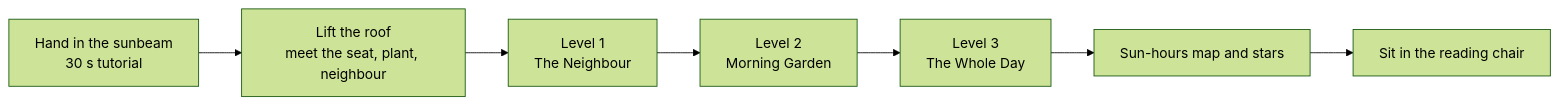
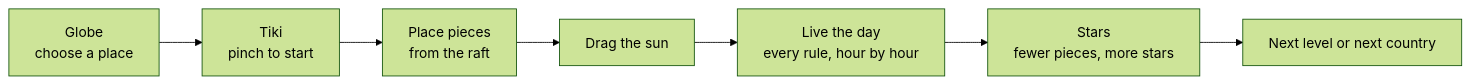
One commit to aljabrialam/valora-vr changed the first of 2 diagrams in README.md. Above: the diagram before and after it, drawn with Mermaid (forest theme). The commit also changed other lines of this file and 2858 other files, not shown here.

````diff
--- a/README.md
+++ b/README.md
@@ -75,9 +51,9 @@
 ```mermaid
 flowchart LR
-  A[Hand in the sunbeam<br/>30 s tutorial] --> B[Lift the roof<br/>meet the seat, plant, neighbour]
-  B --> C[Level 1<br/>The Neighbour]
-  C --> D[Level 2<br/>Morning Garden]
-  D --> E[Level 3<br/>The Whole Day]
-  E --> F[Sun-hours map and stars]
-  F --> G[Sit in the reading chair]
+  G[Globe<br/>choose a place] --> T[Tiki<br/>pinch to start]
+  T --> P[Place pieces<br/>from the raft]
+  P --> S[Drag the sun]
+  S --> D[Live the day<br/>every rule, hour by hour]
+  D --> R[Stars<br/>fewer pieces, more stars]
+  R --> N[Next level or next country]
 ```
````
